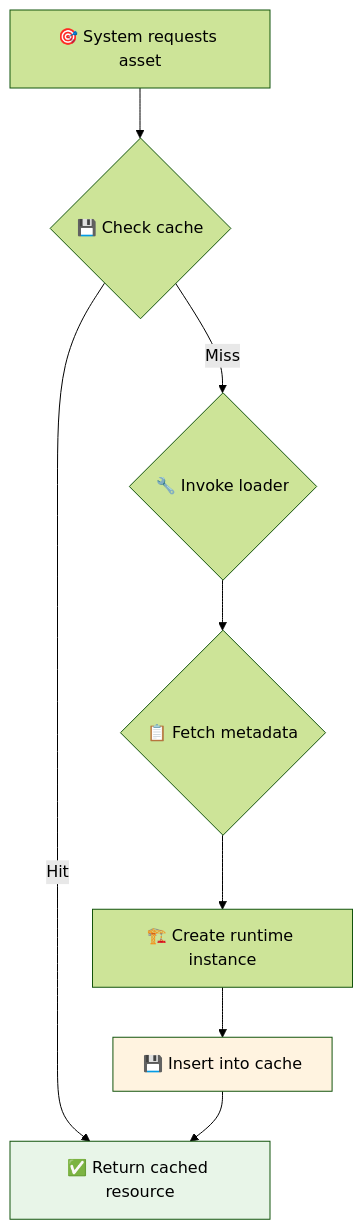
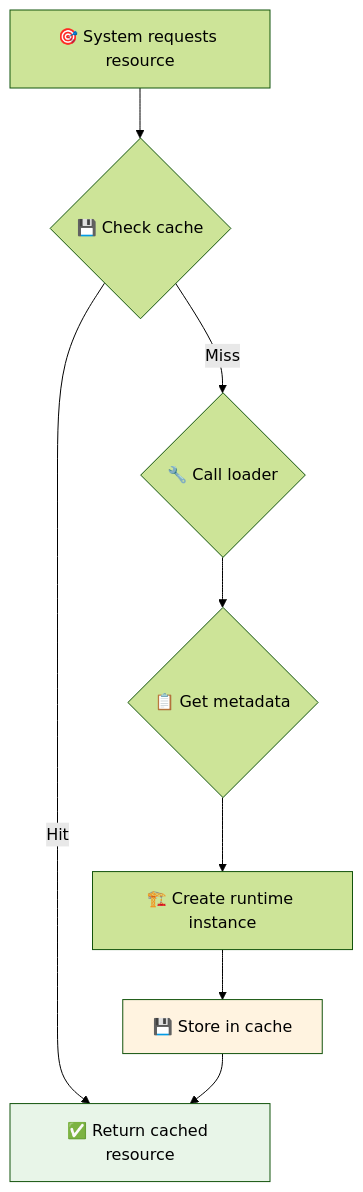
One commit to NGLSG/Luma changed the third of 12 diagrams in ARCHITECTURE_EN.md. Above: the diagram before and after it, drawn with Mermaid (forest theme). The commit also changed other lines of this file and 61 other files, not shown here.

````diff
--- a/ARCHITECTURE_EN.md
+++ b/ARCHITECTURE_EN.md
@@ -98,13 +95,13 @@
 ```mermaid
 graph TD
-    A[🎯 System requests asset] --> B{💾 Check cache}
-    B -->|Hit| C[✅ Return cached resource]
-    B -->|Miss| D{🔧 Invoke loader}
-    D --> E{📋 Fetch metadata}
-    E --> F[🏗️ Create runtime instance]
-    F --> G[💾 Insert into cache]
-    G --> C
+    A[🎯 System requests resource] --> B{💾 Check cache}
+B -->|Hit| C[✅ Return cached resource]
+B -->|Miss| D{🔧 Call loader}
+D --> E{📋 Get metadata}
+E --> F[🏗️ Create runtime instance]
+F --> G[💾 Store in cache]
+G --> C
 
-    style C fill:#e8f5e8
-    style G fill:#fff3e0
+style C fill: #e8f5e8
+style G fill: #fff3e0
 ```
````
